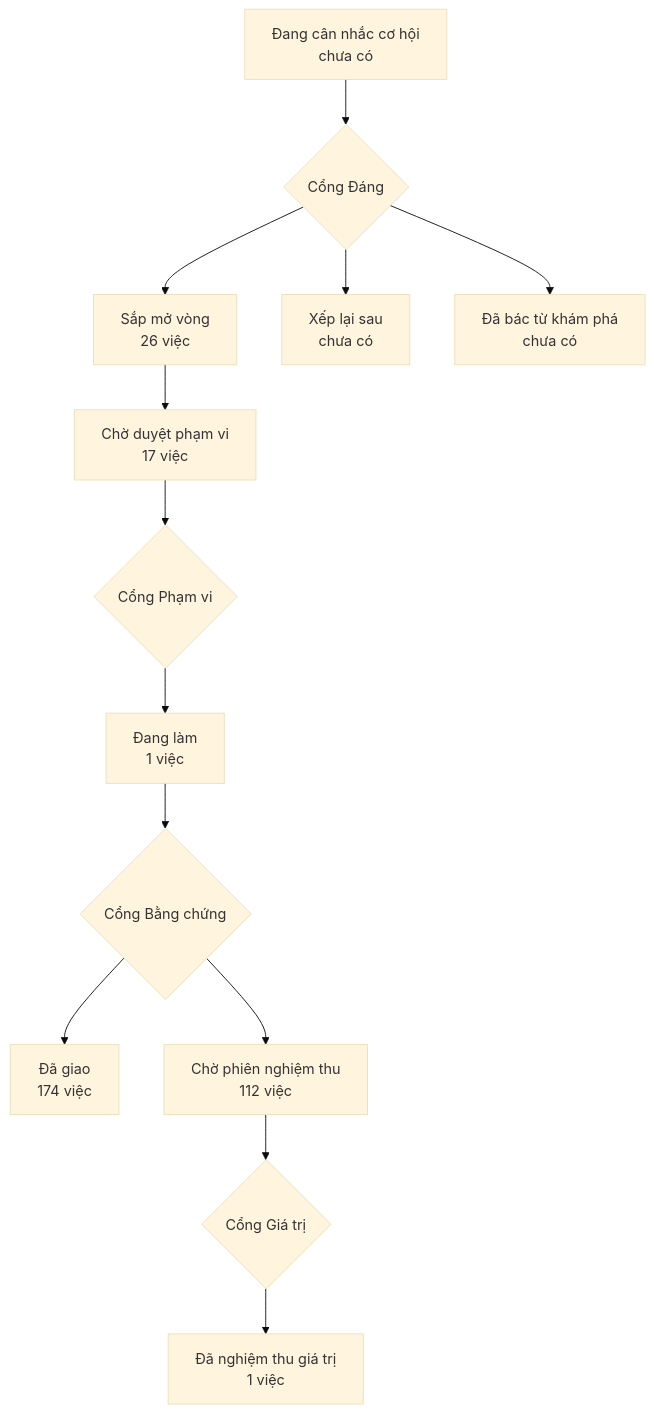
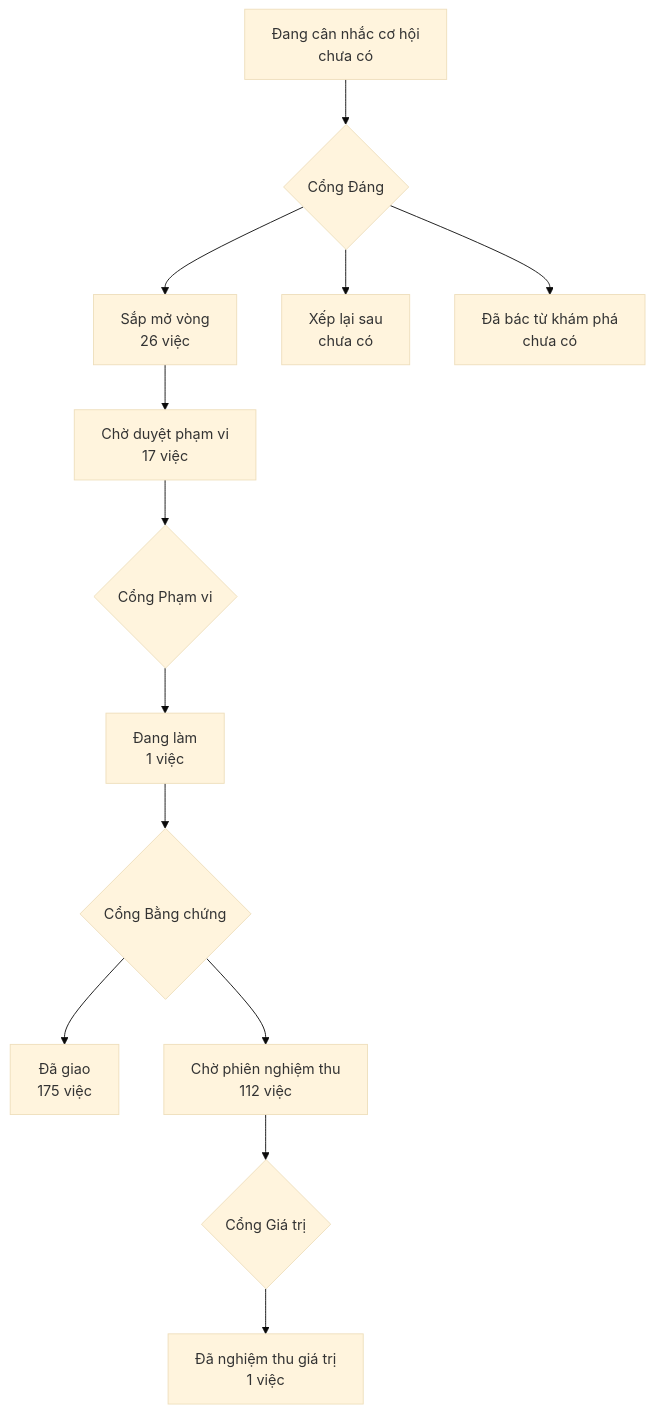
One commit to phanlemanh/onehub-invest changed the diagram in PRODUCT-MAP.md. Above: the diagram before and after it, drawn with Mermaid (base theme). The commit also changed other lines of this file and 1 other file, not shown here.

Commit message:
chore: sinh lại bản đồ sau khi gộp main

````diff
--- a/PRODUCT-MAP.md
+++ b/PRODUCT-MAP.md
@@ -7,12 +7,12 @@
 ```mermaid
 flowchart TD
   A["Đang cân nhắc cơ hội<br/>chưa có"] --> GD{"Cổng Đáng"}
   GD --> B["Sắp mở vòng<br/>26 việc"]
   GD --> XL["Xếp lại sau<br/>chưa có"]
   GD --> DB["Đã bác từ khám phá<br/>chưa có"]
   B --> CD["Chờ duyệt phạm vi<br/>17 việc"] --> GP{"Cổng Phạm vi"}
   GP --> DL["Đang làm<br/>1 việc"] --> GB{"Cổng Bằng chứng"}
-  GB --> DG["Đã giao<br/>174 việc"]
+  GB --> DG["Đã giao<br/>175 việc"]
   GB --> CN["Chờ phiên nghiệm thu<br/>112 việc"] --> GG{"Cổng Giá trị"}
   GG --> NT["Đã nghiệm thu giá trị<br/>1 việc"]
 ```
````
